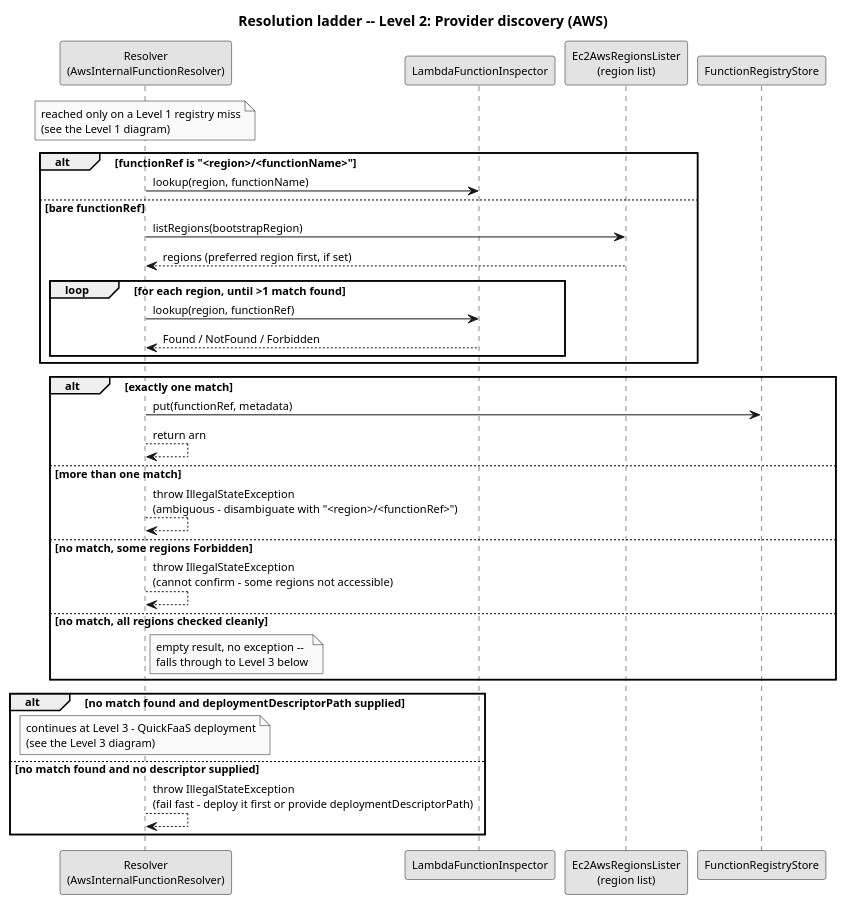
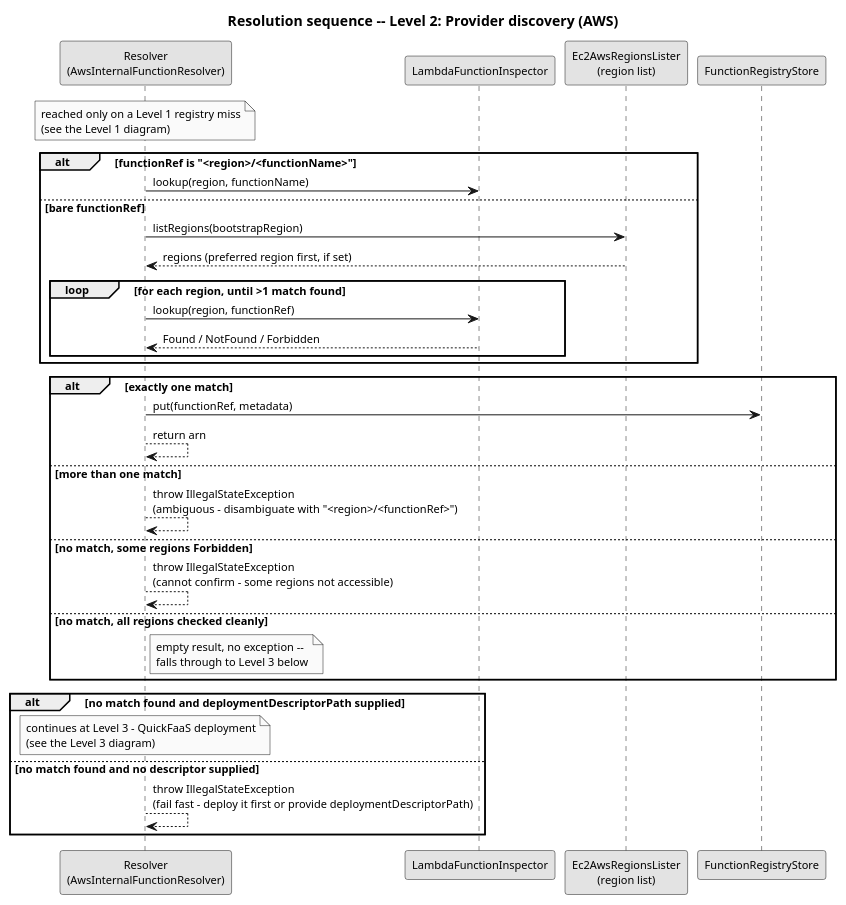
The diagram in diagrams/resolution-cascade-level2-aws.puml (EngenheiroPedroCarvalho/ISEL-Thesis-2526), drawn with PlantUML before and after one commit. The commit also changed 34 other files, not shown here.

```diff
--- a/diagrams/resolution-cascade-level2-aws.puml
+++ b/diagrams/resolution-cascade-level2-aws.puml
@@ -1,50 +1,50 @@
 @startuml resolution-cascade-level2-aws
 skinparam monochrome true
 skinparam shadowing false
 skinparam defaultFontSize 11
-title Resolution ladder -- Level 2: Provider discovery (AWS)
+title Resolution sequence -- Level 2: Provider discovery (AWS)
 
 participant "Resolver\n(AwsInternalFunctionResolver)" as R
 participant "LambdaFunctionInspector" as AI
 participant "Ec2AwsRegionsLister\n(region list)" as AL
 participant "FunctionRegistryStore" as REG
 
 note over R
   reached only on a Level 1 registry miss
   (see the Level 1 diagram)
 end note
 
 alt functionRef is "<region>/<functionName>"
   R -> AI : lookup(region, functionName)
 else bare functionRef
   R -> AL : listRegions(bootstrapRegion)
   AL --> R : regions (preferred region first, if set)
   loop for each region, until >1 match found
     R -> AI : lookup(region, functionRef)
     AI --> R : Found / NotFound / Forbidden
   end
 end
 
 alt exactly one match
   R -> REG : put(functionRef, metadata)
   R --> R : return arn
 else more than one match
   R --> R : throw IllegalStateException\n(ambiguous - disambiguate with "<region>/<functionRef>")
 else no match, some regions Forbidden
   R --> R : throw IllegalStateException\n(cannot confirm - some regions not accessible)
 else no match, all regions checked cleanly
   note right of R
     empty result, no exception --
     falls through to Level 3 below
   end note
 end
 
 alt no match found and deploymentDescriptorPath supplied
   note over R
     continues at Level 3 - QuickFaaS deployment
     (see the Level 3 diagram)
   end note
 else no match found and no descriptor supplied
   R --> R : throw IllegalStateException\n(fail fast - deploy it first or provide deploymentDescriptorPath)
 end
 @enduml
```
